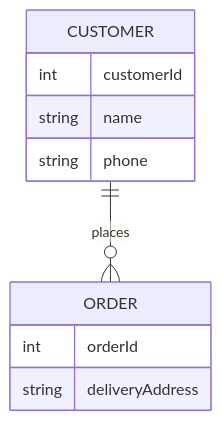
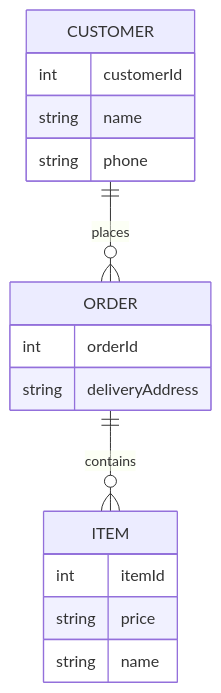
The diagram in design/data.mmd (akaguny/rfc-of-a-horse-in-a-vacuum), drawn with Mermaid before and after one commit.

Commit message:
feat: отношение ORDER к ITEM

```diff
--- a/design/data.mmd
+++ b/design/data.mmd
@@ -1,13 +1,18 @@
 erDiagram
     CUSTOMER ||--o{ ORDER : places
     CUSTOMER {
         int customerId
         string name
         string phone
     }
     ORDER {
         int orderId
         string deliveryAddress
     }
+    ORDER ||--o{ ITEM : contains
+    ITEM {
+        int itemId
+        string price
+        string name
+    }
 %% add comments after that
-%% FIXME: расширение схемы данных
```
